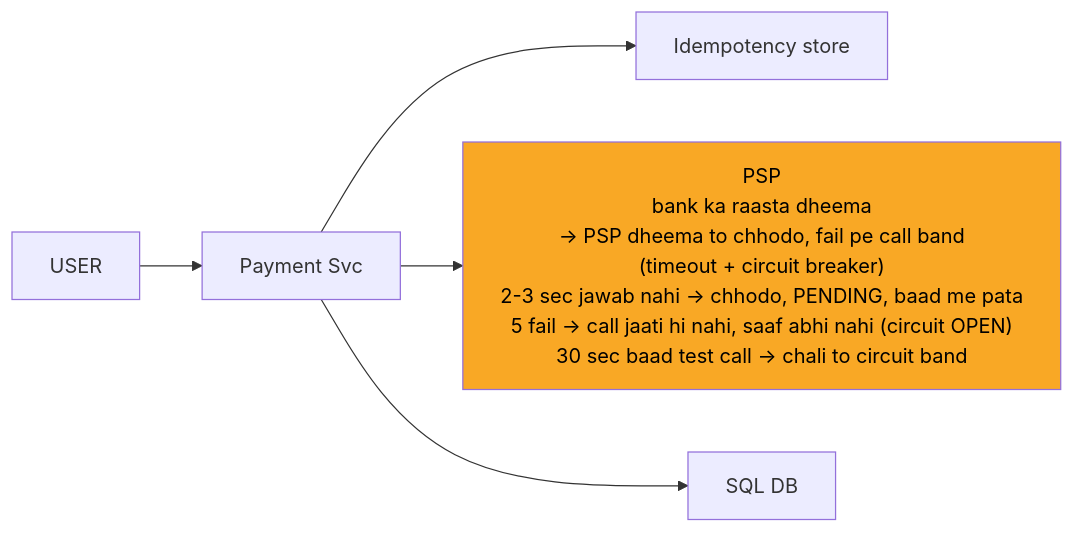
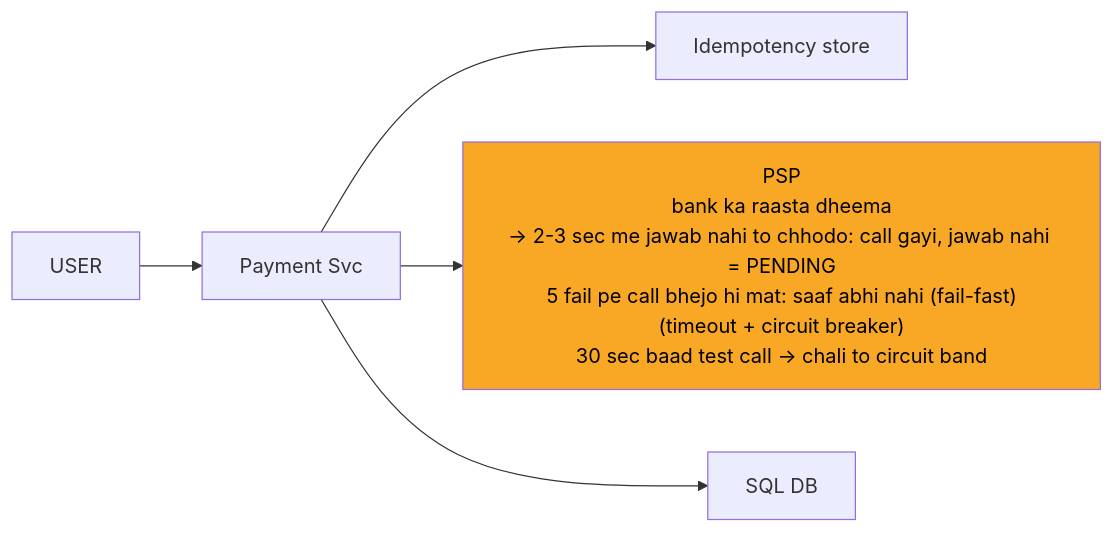
The fifth of 12 diagrams in 04_HLD/SYSTEM_DESIGNS/06_payment_system/06_payment_system.md (ArpanMaheshwari144/Prep), drawn with Mermaid before and after one commit. The commit also changed other lines of this file and 13 other files, not shown here.

````diff
--- a/04_HLD/SYSTEM_DESIGNS/06_payment_system/06_payment_system.md
+++ b/04_HLD/SYSTEM_DESIGNS/06_payment_system/06_payment_system.md
@@ -225,14 +229,14 @@
 ```mermaid
 %%{init: {"flowchart": {"wrappingWidth": 450}}}%%
 flowchart LR
     n_USER["USER"]
     n_Payment_Svc["Payment Svc"]
     n_Idempotency_store["Idempotency store"]
-    n_PSP["PSP<br/>bank ka raasta dheema<br/>-> PSP dheema to chhodo, fail pe call band<br/>(timeout + circuit breaker)<br/>2-3 sec jawab nahi -> chhodo, PENDING, baad me pata<br/>5 fail -> call jaati hi nahi, saaf abhi nahi (circuit OPEN)<br/>30 sec baad test call -> chali to circuit band"]
+    n_PSP["PSP<br/>bank ka raasta dheema<br/>-> 2-3 sec me jawab nahi to chhodo: call gayi, jawab nahi = PENDING<br/>5 fail pe call bhejo hi mat: saaf abhi nahi (fail-fast)<br/>(timeout + circuit breaker)<br/>30 sec baad test call -> chali to circuit band"]
     n_DB["SQL DB"]
     n_USER --> n_Payment_Svc
     n_Payment_Svc --> n_Idempotency_store
     n_Payment_Svc --> n_PSP
     n_Payment_Svc --> n_DB
     style n_PSP fill:#f9a825,color:#000
 ```
````
